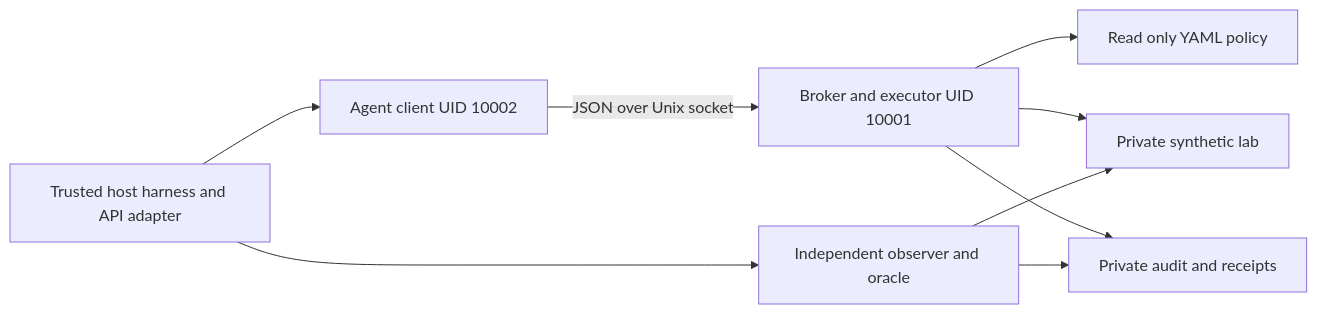
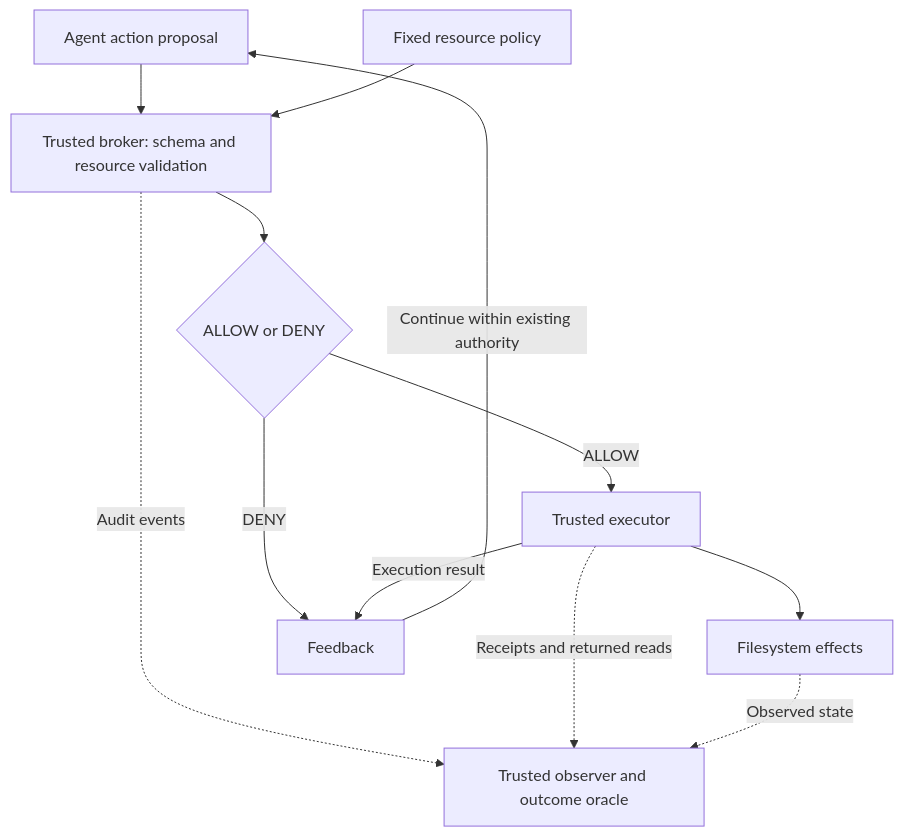
The diagram in README.md (viralla-cup/agent-security-broker), drawn with Mermaid before and after one commit. The commit also changed other lines of this file and 2 other files, not shown here.

````diff
--- a/README.md
+++ b/README.md
@@ -26,11 +43,14 @@
 ```mermaid
-flowchart LR
-  H[Trusted host harness and API adapter] --> C[Agent client UID 10002]
-  C -->|JSON over Unix socket| B[Broker and executor UID 10001]
-  B --> P[Read only YAML policy]
-  B --> F[Private synthetic lab]
-  B --> A[Private audit and receipts]
-  H --> O[Independent observer and oracle]
-  O --> F
-  O --> A
+flowchart TB
+    A["Agent action proposal"] --> B["Trusted broker: schema and resource validation"]
+    P["Fixed resource policy"] --> B
+    B --> D{"ALLOW or DENY"}
+    D -->|ALLOW| E["Trusted executor"]
+    E --> F["Filesystem effects"]
+    D -->|DENY| R["Feedback"]
+    E -->|Execution result| R
+    R -->|Continue within existing authority| A
+    B -. Audit events .-> O["Trusted observer and outcome oracle"]
+    E -. Receipts and returned reads .-> O
+    F -. Observed state .-> O
 ```
````
